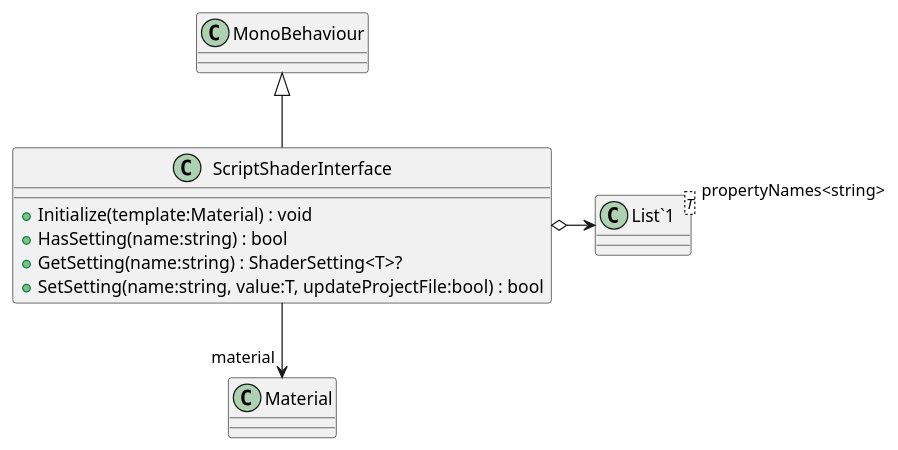
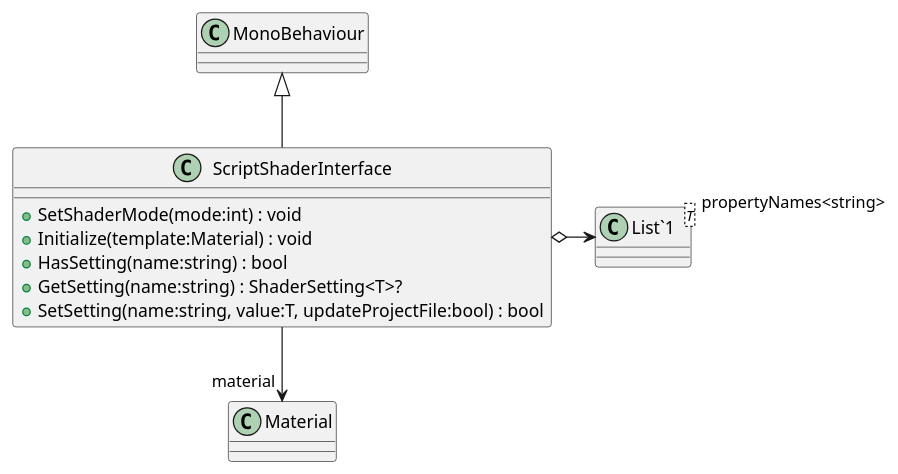
Before and after one commit to streepje8/ToolDev2023: the diagram in UML/Util/ScriptShaderInterface.puml, drawn with PlantUML. The commit also changed 5 other files, not shown here.

Commit message:
Generate UML (Generate UML)

```diff
--- a/UML/Util/ScriptShaderInterface.puml
+++ b/UML/Util/ScriptShaderInterface.puml
@@ -1,13 +1,14 @@
 @startuml
 class ScriptShaderInterface {
+    + SetShaderMode(mode:int) : void
     + Initialize(template:Material) : void
     + HasSetting(name:string) : bool
     + GetSetting(name:string) : ShaderSetting<T>?
     + SetSetting(name:string, value:T, updateProjectFile:bool) : bool
 }
 class "List`1"<T> {
 }
 MonoBehaviour <|-- ScriptShaderInterface
 ScriptShaderInterface --> "material" Material
 ScriptShaderInterface o-> "propertyNames<string>" "List`1"
 @enduml
```
